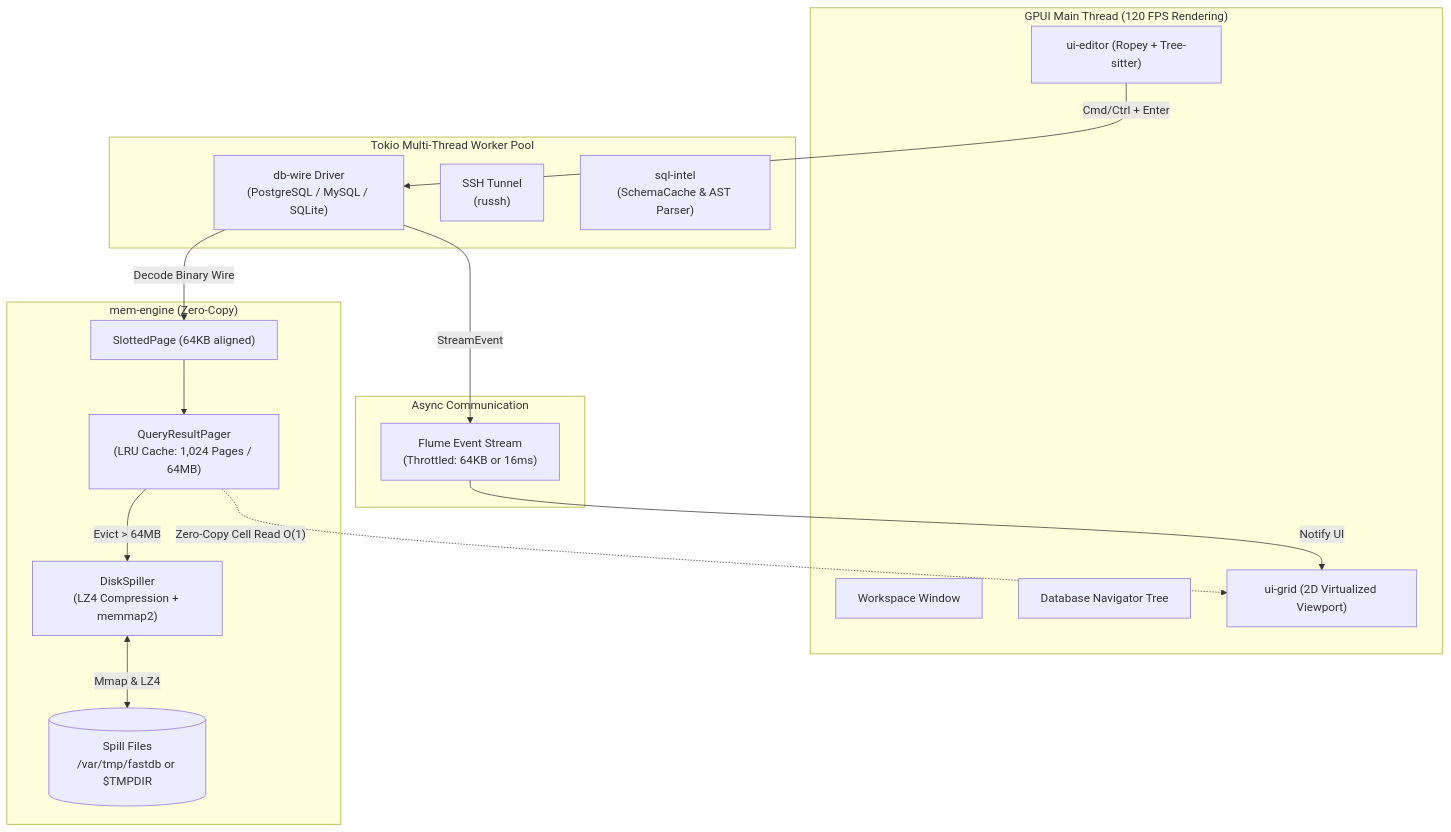
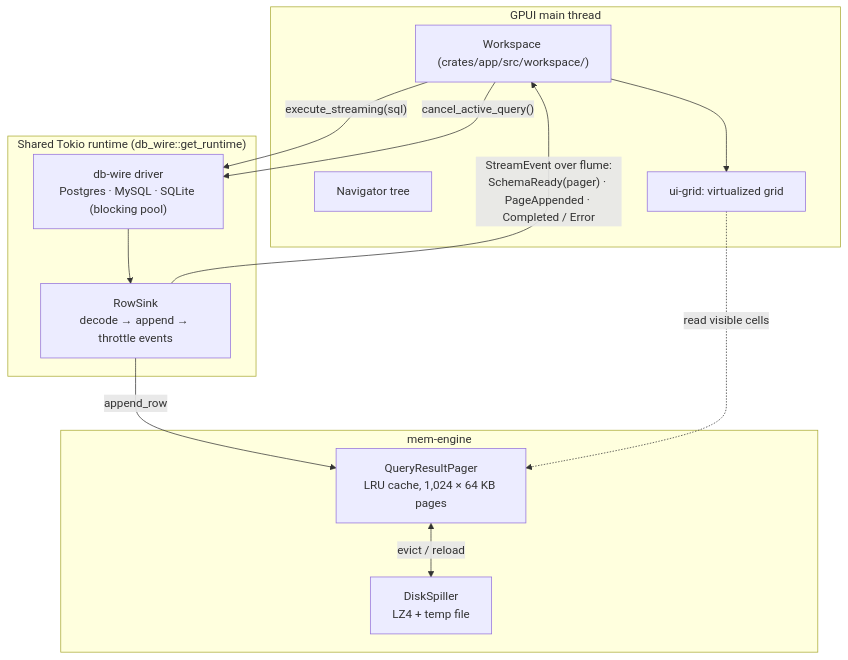
The diagram in README.md (Matrix-I/fastdb), drawn with Mermaid before and after one commit. The commit also changed other lines of this file, not shown here.

````diff
--- a/README.md
+++ b/README.md
@@ -67,35 +95,27 @@
 ```mermaid
 flowchart TD
-    subgraph UI_Thread["GPUI Main Thread (120 FPS Rendering)"]
-        Workspace["Workspace Window"]
-        Navigator["Database Navigator Tree"]
-        Editor["ui-editor (Ropey + Tree-sitter)"]
-        Grid["ui-grid (2D Virtualized Viewport)"]
+    subgraph UI["GPUI main thread"]
+        Workspace["Workspace (crates/app/src/workspace/)"]
+        Navigator["Navigator tree"]
+        Grid["ui-grid: virtualized grid"]
     end
 
-    subgraph Channel["Async Communication"]
-        Flume["Flume Event Stream\n(Throttled: 64KB or 16ms)"]
+    subgraph Runtime["Shared Tokio runtime (db_wire::get_runtime)"]
+        Driver["db-wire driver<br/>Postgres · MySQL · SQLite (blocking pool)"]
+        Sink["RowSink<br/>decode → append → throttle events"]
     end
 
-    subgraph Backend["Tokio Multi-Thread Worker Pool"]
-        DBWire["db-wire Driver\n(PostgreSQL / MySQL / SQLite)"]
-        SSHTunnel["SSH Tunnel\n(russh)"]
-        SqlIntel["sql-intel\n(SchemaCache & AST Parser)"]
+    subgraph Engine["mem-engine"]
+        Pager["QueryResultPager<br/>LRU cache, 1,024 × 64 KB pages"]
+        Spiller["DiskSpiller<br/>LZ4 + temp file"]
     end
 
-    subgraph Storage["mem-engine (Zero-Copy)"]
-        Pager["QueryResultPager\n(LRU Cache: 1,024 Pages / 64MB)"]
-        Slotted["SlottedPage (64KB aligned)"]
-        Spiller["DiskSpiller\n(LZ4 Compression + memmap2)"]
-        Disk[("Spill Files\n/var/tmp/fastdb or $TMPDIR")]
-    end
-
-    Editor -->|"Cmd/Ctrl + Enter"| DBWire
-    DBWire -->|"Decode Binary Wire"| Slotted
-    Slotted --> Pager
-    Pager -->|"Evict > 64MB"| Spiller
-    Spiller <-->|"Mmap & LZ4"| Disk
-    DBWire -->|"StreamEvent"| Flume
-    Flume -->|"Notify UI"| Grid
-    Pager -.->|"Zero-Copy Cell Read O(1)"| Grid
+    Workspace -->|"execute_streaming(sql)"| Driver
+    Workspace -->|"cancel_active_query()"| Driver
+    Driver --> Sink
+    Sink -->|"append_row"| Pager
+    Pager <-->|"evict / reload"| Spiller
+    Sink -->|"StreamEvent over flume:<br/>SchemaReady(pager) · PageAppended · Completed / Error"| Workspace
+    Workspace --> Grid
+    Grid -.->|"read visible cells"| Pager
 ```
````
